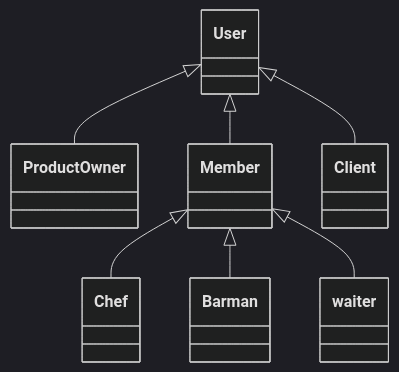
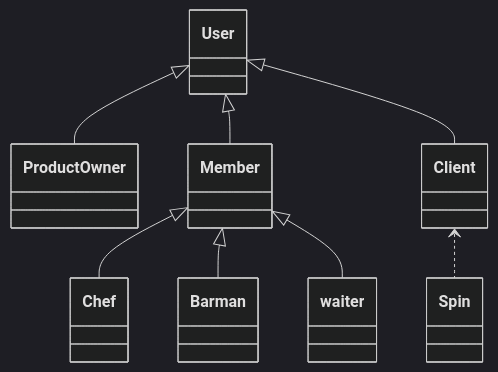
Before and after one commit to Brand-Web/Diagrams: the second of 4 diagrams in bw commnerce/class.md, drawn with Mermaid (dark theme). The commit also changed other lines of this file, not shown here.

````diff
--- a/bw commnerce/class.md
+++ b/bw commnerce/class.md
@@ -31,22 +31,22 @@
 ```mermaid
 %%    <|-- Inheritance
 %%    \*-- Composition
 %%    o-- Aggregation
 %%    --> Association
 %%    -- Link (Solid)
 %%    ..> Dependency
 %%    ..|> Realization
 %%    .. Link (Dashed)
 classDiagram 
 
    User <|-- ProductOwner
    User <|-- Member
-
+   Client<..Spin
    User <|-- Client
    Member <|-- Chef
    Member <|-- Barman
    Member <|-- waiter
 
  
 
 ```
````
